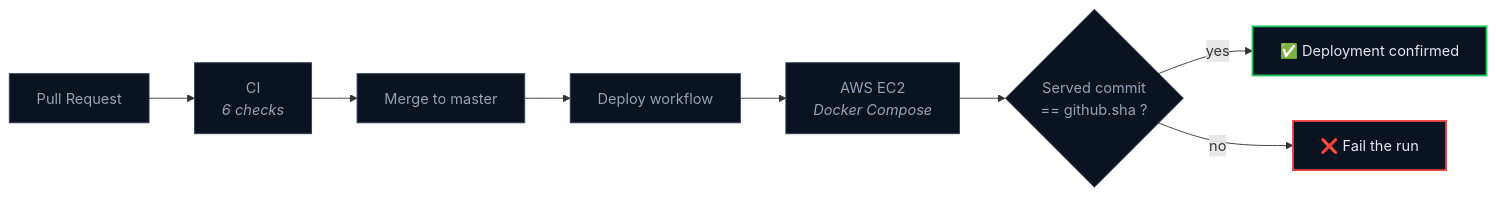
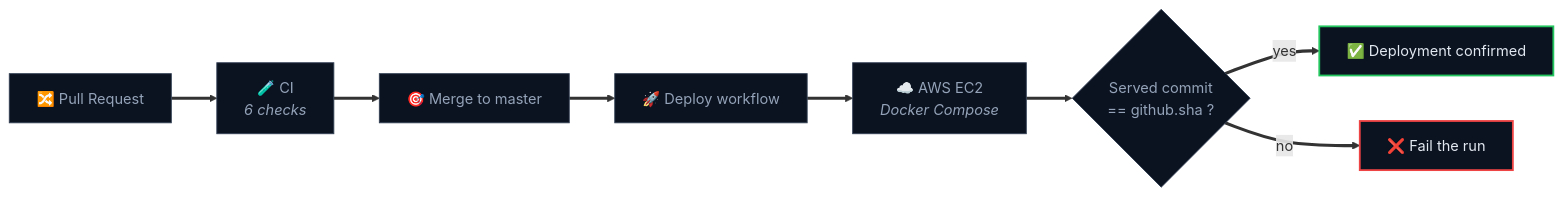
The fifth of 6 diagrams in README.md (wealthwise-advisors/trading-platform), drawn with Mermaid before and after one commit. The commit also changed other lines of this file and 2 other files, not shown here.

First line of the commit message:
Rework the README: animated diagrams, a real folder structure, a rewritten opening

````diff
--- a/README.md
+++ b/README.md
@@ -559,17 +750,17 @@
 ```mermaid
 flowchart LR
-    PR["Pull Request"] --> CI["CI<br/><i>6 checks</i>"]
-    CI --> MG["Merge to master"]
-    MG --> DP["Deploy workflow"]
-    DP --> EC["AWS EC2<br/><i>Docker Compose</i>"]
-    EC --> AS{"Served commit<br/>== github.sha ?"}
-    AS -->|yes| OK["✅ Deployment confirmed"]
-    AS -->|no| FA["❌ Fail the run"]
+    PR["🔀 Pull Request"] ==> CI["🧪 CI<br/><i>6 checks</i>"]
+    CI ==> MG["🎯 Merge to master"]
+    MG ==> DP["🚀 Deploy workflow"]
+    DP ==> EC["☁️ AWS EC2<br/><i>Docker Compose</i>"]
+    EC ==> AS{"Served commit<br/>== github.sha ?"}
+    AS ==>|yes| OK["✅ Deployment confirmed"]
+    AS ==>|no| FA["❌ Fail the run"]
 
     classDef n fill:#0b1220,stroke:#334155,stroke-width:1px,color:#94a3b8
     classDef g fill:#0b1220,stroke:#22c55e,stroke-width:2px,color:#e2e8f0
     classDef r fill:#0b1220,stroke:#ef4444,stroke-width:2px,color:#e2e8f0
     class PR,CI,MG,DP,EC,AS n
     class OK g
     class FA r
 ```
````
